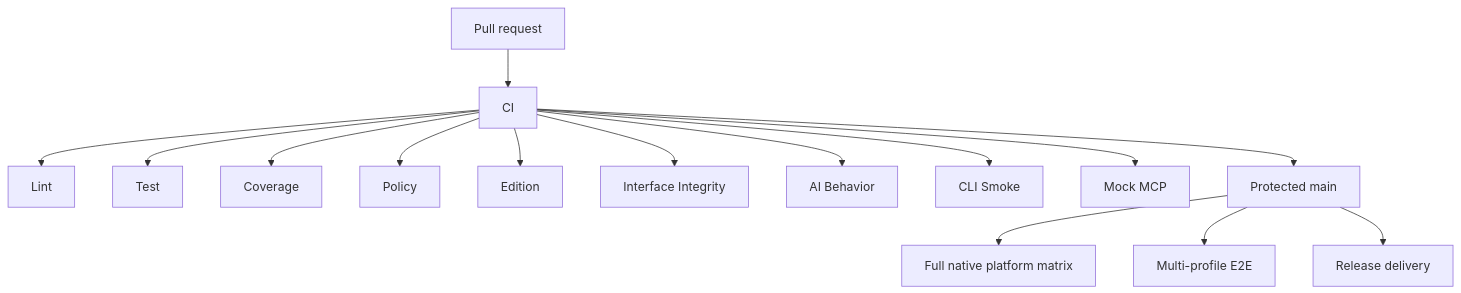
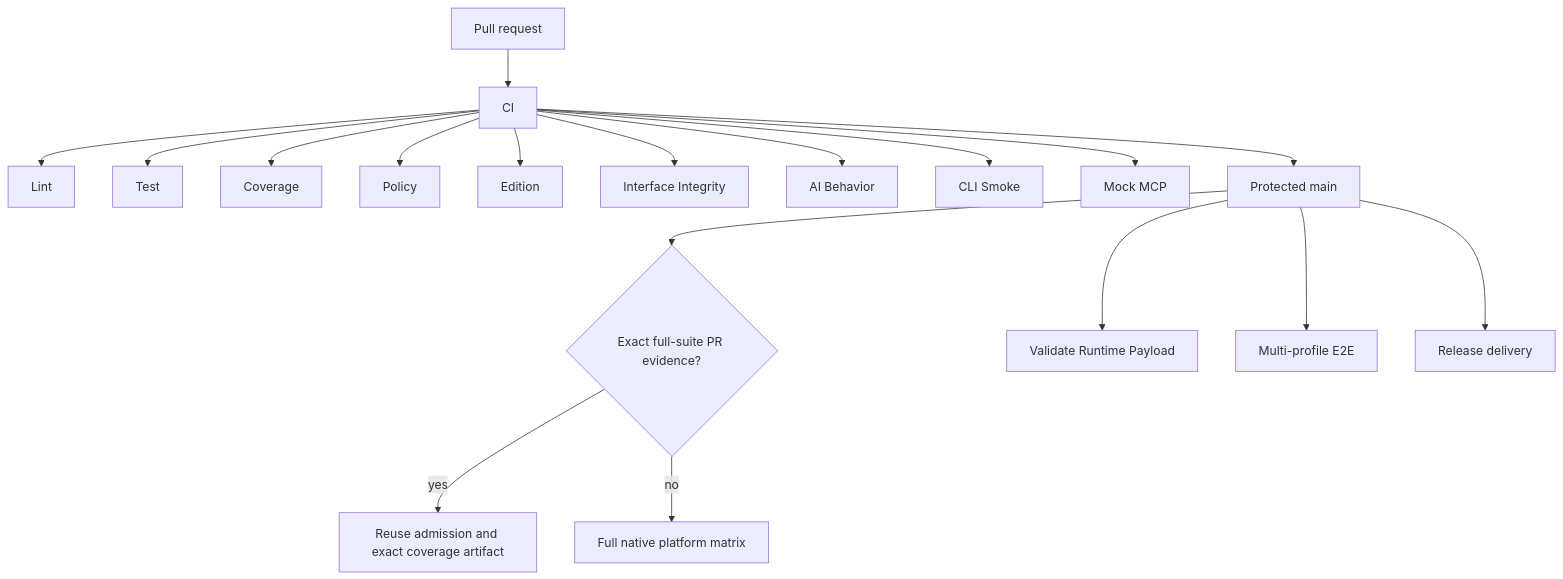
The diagram in docs/ci-pr-gates.md (DingTalk-Real-AI/dingtalk-workspace-cli), drawn with Mermaid before and after one commit. The commit also changed other lines of this file and 7 other files, not shown here.

First line of the commit message:
ci: reuse admitted PR evidence on main

````diff
--- a/docs/ci-pr-gates.md
+++ b/docs/ci-pr-gates.md
@@ -157,17 +218,20 @@
 ```mermaid
 flowchart TB
   PR["Pull request"] --> ADMISSION["CI"]
   ADMISSION --> L["Lint"]
   ADMISSION --> T["Test"]
   ADMISSION --> C["Coverage"]
   ADMISSION --> P["Policy"]
   ADMISSION --> E["Edition"]
   ADMISSION --> I["Interface Integrity"]
   ADMISSION --> A["AI Behavior"]
   ADMISSION --> S["CLI Smoke"]
   ADMISSION --> M["Mock MCP"]
   ADMISSION --> MAIN["Protected main"]
-  MAIN --> NATIVE["Full native platform matrix"]
+  MAIN --> REUSE{"Exact full-suite PR evidence?"}
+  REUSE -->|yes| RECORDED["Reuse admission and exact coverage artifact"]
+  REUSE -->|no| NATIVE["Full native platform matrix"]
+  MAIN --> PAYLOAD["Validate Runtime Payload"]
   MAIN --> E2E["Multi-profile E2E"]
   MAIN --> RELEASE["Release delivery"]
 ```
````
